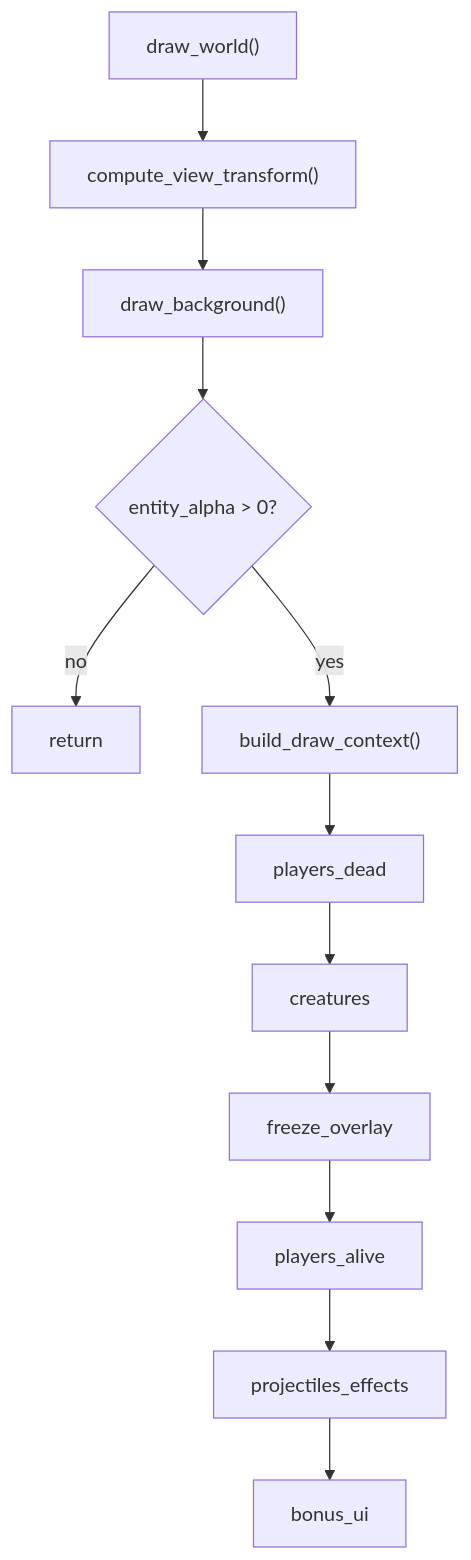
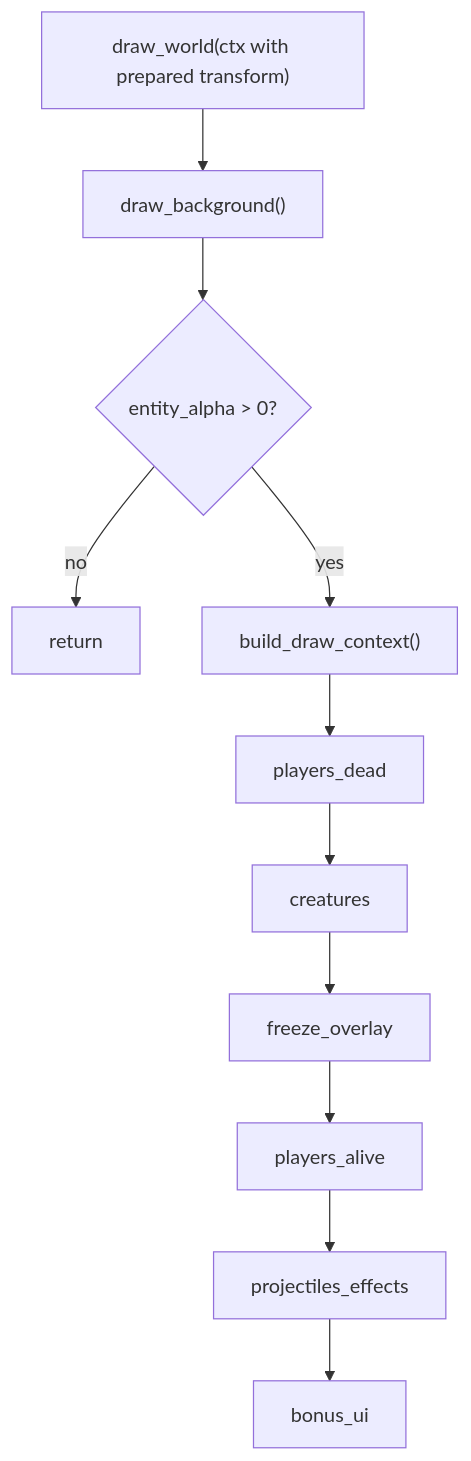
The third of 7 diagrams in docs/rewrite/rendering-pipeline.md (banteg/crimson), drawn with Mermaid before and after one commit. The commit also changed other lines of this file and 27 other files, not shown here.

Commit message:
refactor(render): use an explicit view transform for world drawing

````diff
--- a/docs/rewrite/rendering-pipeline.md
+++ b/docs/rewrite/rendering-pipeline.md
@@ -126,14 +98,13 @@
 ```mermaid
 flowchart TD
-    A["draw_world()"] --> B["compute_view_transform()"]
-    B --> C["draw_background()"]
+    A["draw_world(ctx with prepared transform)"] --> C["draw_background()"]
     C --> D{"entity_alpha > 0?"}
     D -- "no" --> Z["return"]
     D -- "yes" --> E["build_draw_context()"]
     E --> F["players_dead"]
     F --> G["creatures"]
     G --> H["freeze_overlay"]
     H --> I["players_alive"]
     I --> J["projectiles_effects"]
     J --> K["bonus_ui"]
 ```
````
